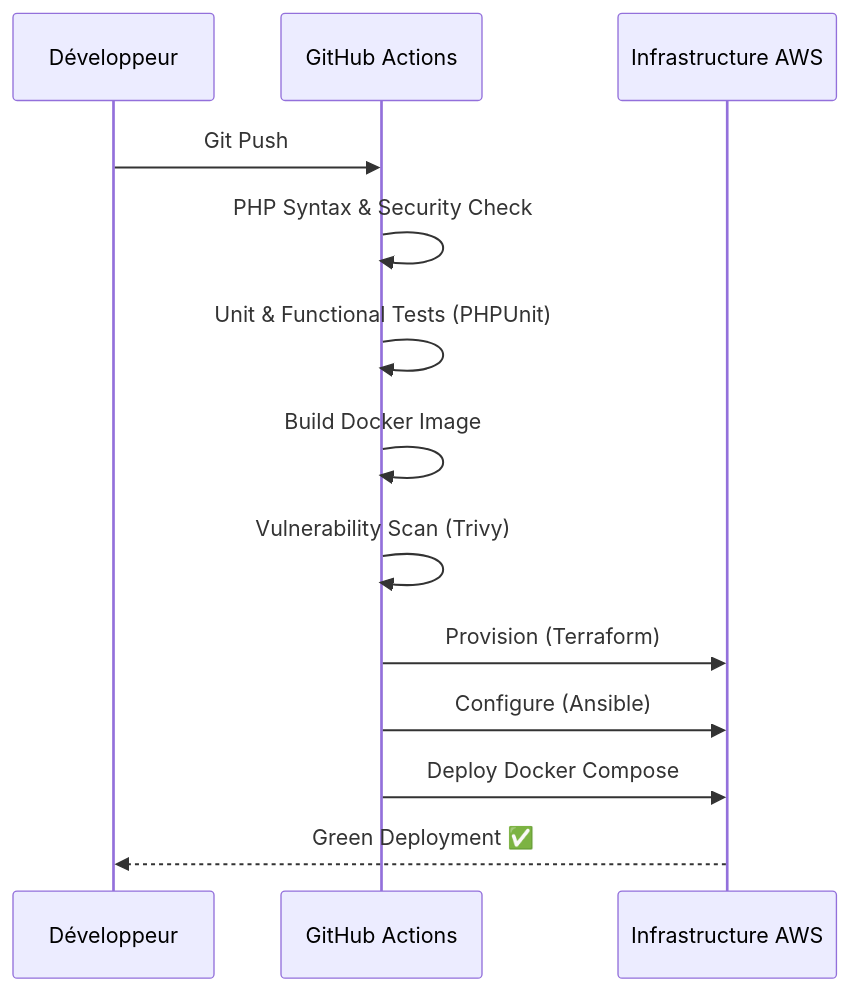
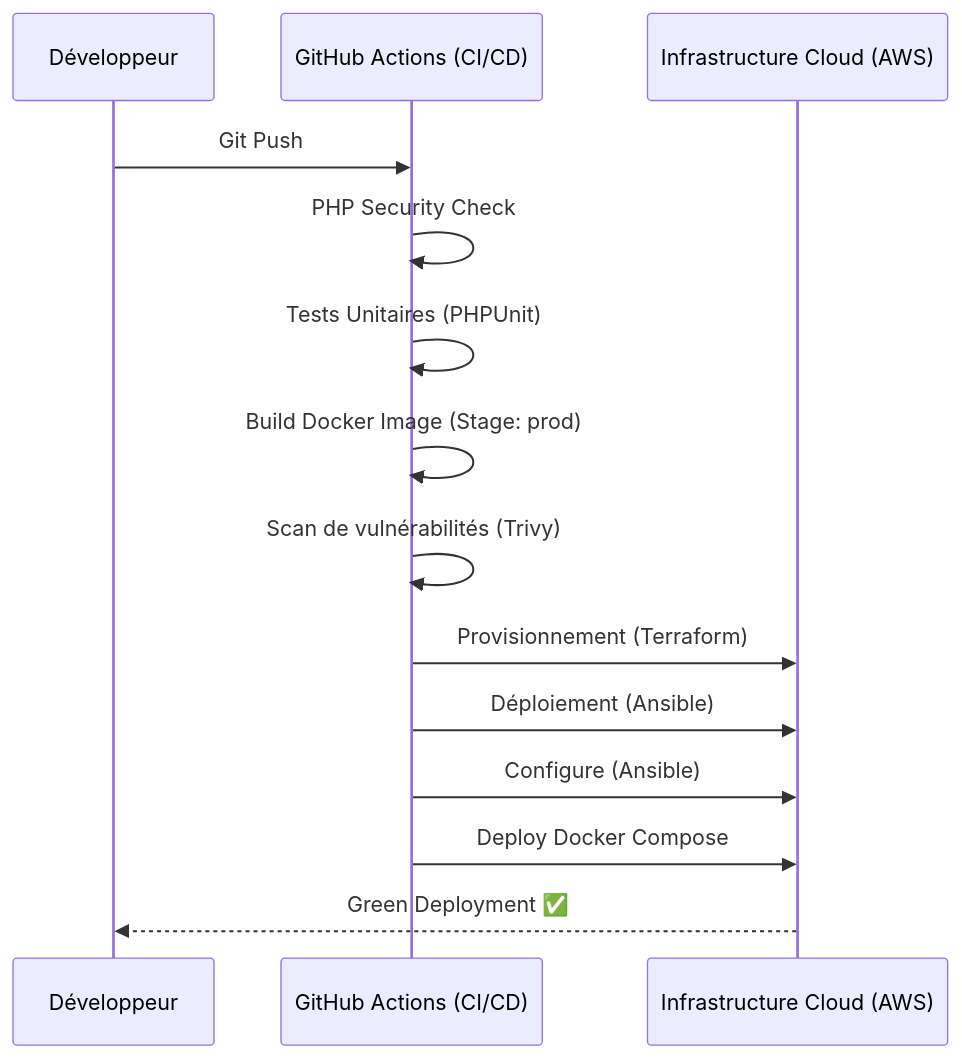
Before and after one commit to ArmSal/les-saveurs-du-jardin: the second of 2 diagrams in docs/architecture_schema.md, drawn with Mermaid. The commit also changed other lines of this file and 2 other files, not shown here.

Commit message:
docs: update README, cahier des charges and architecture schema for ASD certification

````diff
--- a/docs/architecture_schema.md
+++ b/docs/architecture_schema.md
@@ -29,16 +36,17 @@
 ```mermaid
 sequenceDiagram
     participant Dev as Développeur
-    participant GH as GitHub Actions
-    participant AWS as Infrastructure AWS
+    participant GH as GitHub Actions (CI/CD)
+    participant AWS as Infrastructure Cloud (AWS)
 
     Dev->>GH: Git Push
-    GH->>GH: PHP Syntax & Security Check
-    GH->>GH: Unit & Functional Tests (PHPUnit)
-    GH->>GH: Build Docker Image
-    GH->>GH: Vulnerability Scan (Trivy)
-    GH->>AWS: Provision (Terraform)
+    GH->>GH: PHP Security Check
+    GH->>GH: Tests Unitaires (PHPUnit)
+    GH->>GH: Build Docker Image (Stage: prod)
+    GH->>GH: Scan de vulnérabilités (Trivy)
+    GH->>AWS: Provisionnement (Terraform)
+    GH->>AWS: Déploiement (Ansible)
     GH->>AWS: Configure (Ansible)
     GH->>AWS: Deploy Docker Compose
     AWS-->>Dev: Green Deployment ✅
 ```
````
